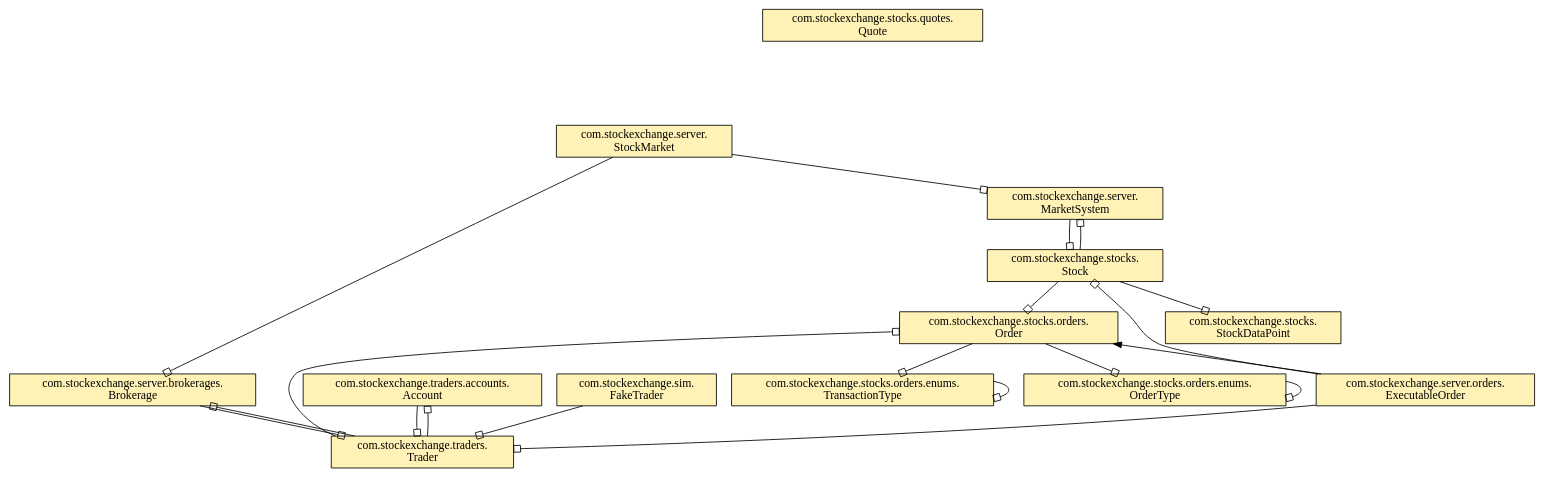
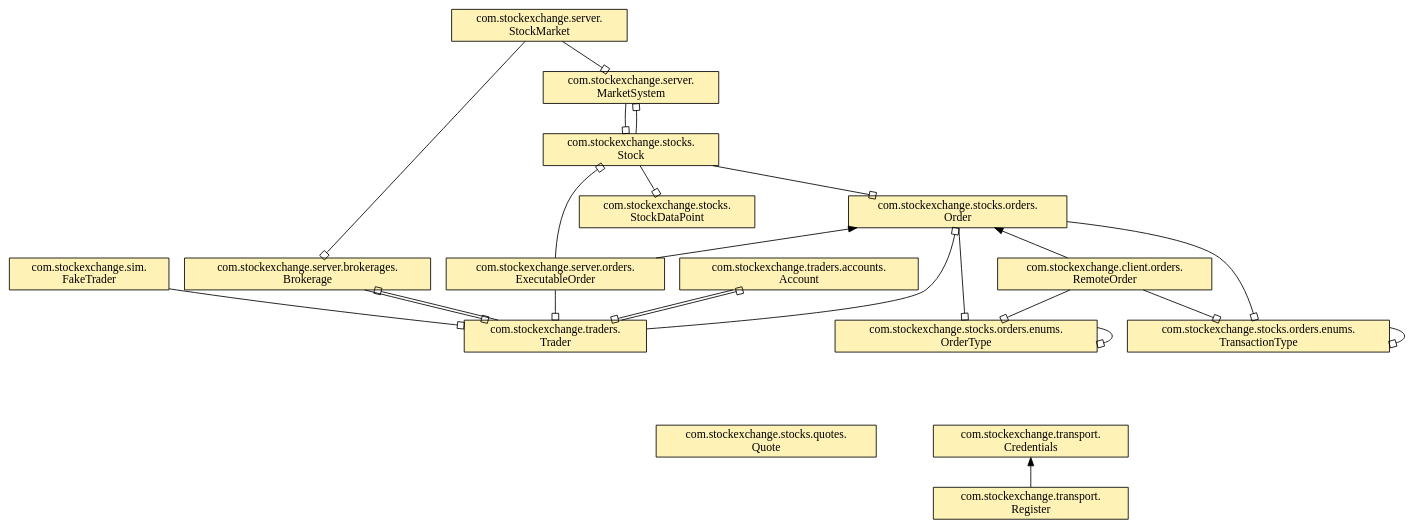
Before and after one commit to rhino1998/StockExchange: the diagram in build/doc.dot, drawn with Graphviz. The commit also changed 6 other files, not shown here.

```diff
--- a/build/doc.dot
+++ b/build/doc.dot
@@ -1,47 +1,54 @@
 digraph {
 size="2000.0,2000.0";
 layout=dot;
 rankdir="BT";
 overlap=false;
 splines=true;
 pack=true;
 
 node[shape=box,style=filled,fillcolor="#fff2b6"];
   "com.stockexchange.sim.\nFakeTrader"
   "com.stockexchange.stocks.\nStockDataPoint"
   "com.stockexchange.server.brokerages.\nBrokerage"
   "com.stockexchange.server.\nMarketSystem"
+  "com.stockexchange.client.orders.\nRemoteOrder"
   "com.stockexchange.stocks.orders.\nOrder"
   "com.stockexchange.stocks.orders.enums.\nTransactionType"
   "com.stockexchange.stocks.\nStock"
   "com.stockexchange.stocks.orders.enums.\nOrderType"
   "com.stockexchange.traders.accounts.\nAccount"
   "com.stockexchange.stocks.quotes.\nQuote"
+  "com.stockexchange.transport.\nCredentials"
   "com.stockexchange.traders.\nTrader"
   "com.stockexchange.server.orders.\nExecutableOrder"
   "com.stockexchange.server.\nStockMarket"
+  "com.stockexchange.transport.\nRegister"
 
 node[shape=diamond,style=filled,fillcolor="#b6e7ff"];
 
 node[shape=oval,style=filled,fillcolor="#f3c9ff"];
 
   "com.stockexchange.traders.\nTrader" -> "com.stockexchange.sim.\nFakeTrader" [arrowtail=obox, dir=back]
   "com.stockexchange.traders.\nTrader" -> "com.stockexchange.server.brokerages.\nBrokerage" [arrowtail=obox, dir=back]
   "com.stockexchange.stocks.\nStock" -> "com.stockexchange.server.\nMarketSystem" [arrowtail=obox, dir=back]
+  "com.stockexchange.client.orders.\nRemoteOrder" -> "com.stockexchange.stocks.orders.\nOrder"
+  "com.stockexchange.stocks.orders.enums.\nOrderType" -> "com.stockexchange.client.orders.\nRemoteOrder" [arrowtail=obox, dir=back]
+  "com.stockexchange.stocks.orders.enums.\nTransactionType" -> "com.stockexchange.client.orders.\nRemoteOrder" [arrowtail=obox, dir=back]
   "com.stockexchange.stocks.orders.enums.\nOrderType" -> "com.stockexchange.stocks.orders.\nOrder" [arrowtail=obox, dir=back]
   "com.stockexchange.stocks.orders.enums.\nTransactionType" -> "com.stockexchange.stocks.orders.\nOrder" [arrowtail=obox, dir=back]
   "com.stockexchange.stocks.orders.enums.\nTransactionType" -> "com.stockexchange.stocks.orders.enums.\nTransactionType" [arrowtail=obox, dir=back]
   "com.stockexchange.stocks.\nStockDataPoint" -> "com.stockexchange.stocks.\nStock" [arrowtail=obox, dir=back]
   "com.stockexchange.server.\nMarketSystem" -> "com.stockexchange.stocks.\nStock" [arrowtail=obox, dir=back]
   "com.stockexchange.stocks.orders.\nOrder" -> "com.stockexchange.stocks.\nStock" [arrowtail=obox, dir=back]
   "com.stockexchange.stocks.orders.enums.\nOrderType" -> "com.stockexchange.stocks.orders.enums.\nOrderType" [arrowtail=obox, dir=back]
   "com.stockexchange.traders.\nTrader" -> "com.stockexchange.traders.accounts.\nAccount" [arrowtail=obox, dir=back]
   "com.stockexchange.server.brokerages.\nBrokerage" -> "com.stockexchange.traders.\nTrader" [arrowtail=obox, dir=back]
   "com.stockexchange.traders.accounts.\nAccount" -> "com.stockexchange.traders.\nTrader" [arrowtail=obox, dir=back]
   "com.stockexchange.stocks.orders.\nOrder" -> "com.stockexchange.traders.\nTrader" [arrowtail=obox, dir=back]
   "com.stockexchange.server.orders.\nExecutableOrder" -> "com.stockexchange.stocks.orders.\nOrder"
   "com.stockexchange.traders.\nTrader" -> "com.stockexchange.server.orders.\nExecutableOrder" [arrowtail=obox, dir=back]
   "com.stockexchange.stocks.\nStock" -> "com.stockexchange.server.orders.\nExecutableOrder" [arrowtail=obox, dir=back]
   "com.stockexchange.server.\nMarketSystem" -> "com.stockexchange.server.\nStockMarket" [arrowtail=obox, dir=back]
   "com.stockexchange.server.brokerages.\nBrokerage" -> "com.stockexchange.server.\nStockMarket" [arrowtail=obox, dir=back]
+  "com.stockexchange.transport.\nRegister" -> "com.stockexchange.transport.\nCredentials"
 }
```
